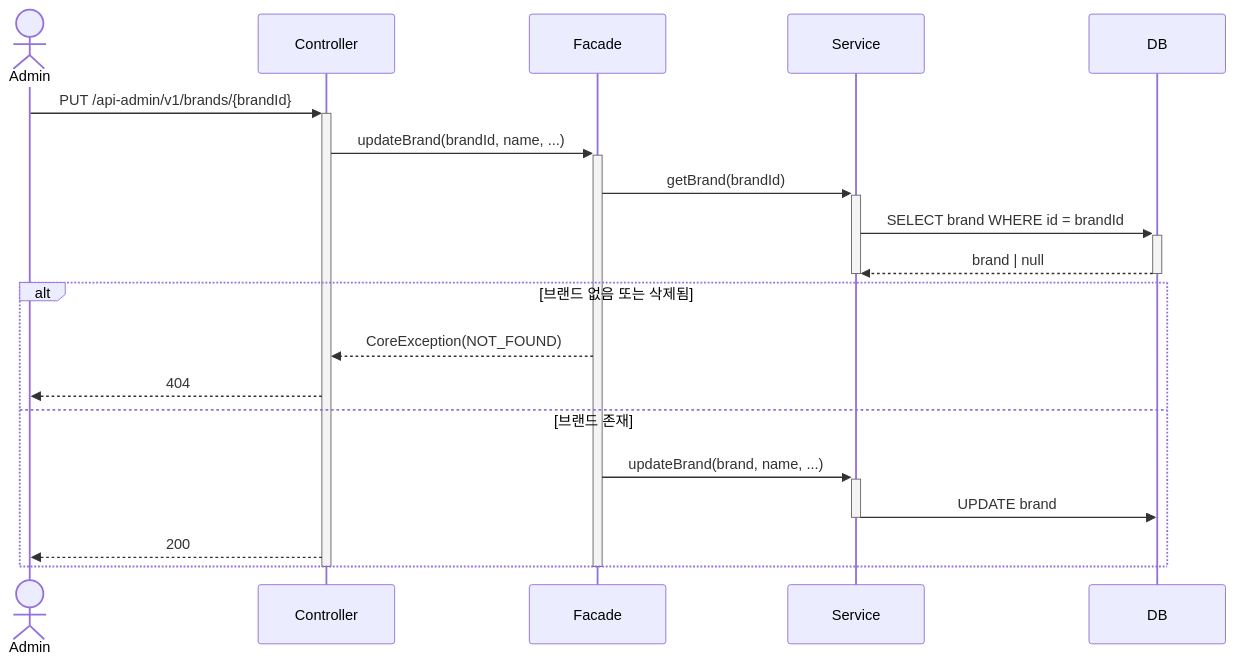
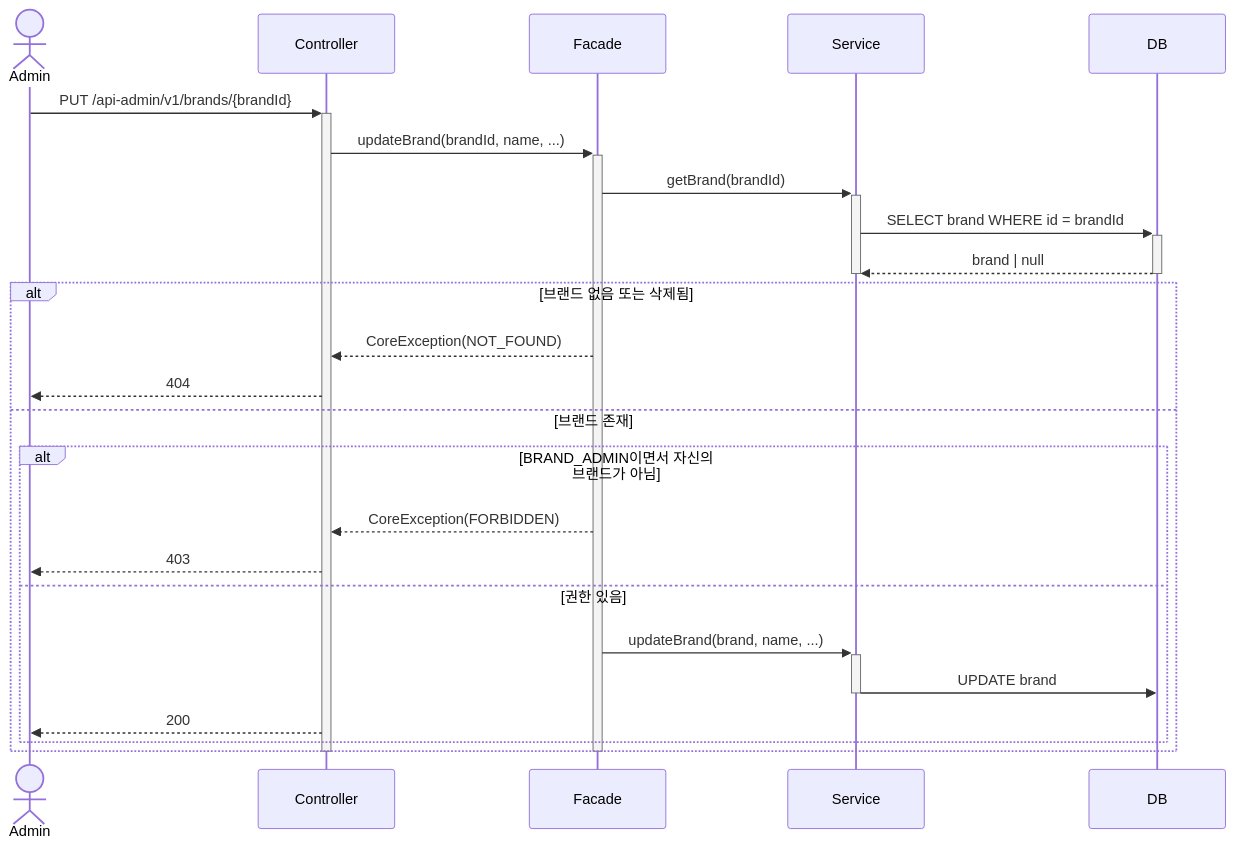
Diagram 13 of 21 in .docs/design/02-sequence-diagrams.md (loopers-labs/loop-pack-be-l2-vol4-java), drawn with Mermaid before and after one commit. The commit also changed other lines of this file and 3 other files, not shown here.

````diff
--- a/.docs/design/02-sequence-diagrams.md
+++ b/.docs/design/02-sequence-diagrams.md
@@ -376,27 +392,32 @@
 ```mermaid
 sequenceDiagram
     actor Admin
     participant Controller
     participant Facade
     participant Service
     participant DB
 
     Admin->>+Controller: PUT /api-admin/v1/brands/{brandId}
     Controller->>+Facade: updateBrand(brandId, name, ...)
     Facade->>+Service: getBrand(brandId)
     Service->>+DB: SELECT brand WHERE id = brandId
     DB-->>-Service: brand | null
     deactivate Service
 
     alt 브랜드 없음 또는 삭제됨
         Facade-->>Controller: CoreException(NOT_FOUND)
         Controller-->>Admin: 404
     else 브랜드 존재
-        Facade->>+Service: updateBrand(brand, name, ...)
-        Service->>DB: UPDATE brand
-        deactivate Service
-        Controller-->>Admin: 200
+        alt BRAND_ADMIN이면서 자신의 브랜드가 아님
+            Facade-->>Controller: CoreException(FORBIDDEN)
+            Controller-->>Admin: 403
+        else 권한 있음
+            Facade->>+Service: updateBrand(brand, name, ...)
+            Service->>DB: UPDATE brand
+            deactivate Service
+            Controller-->>Admin: 200
+        end
     end
     deactivate Facade
     deactivate Controller
 ```
````
